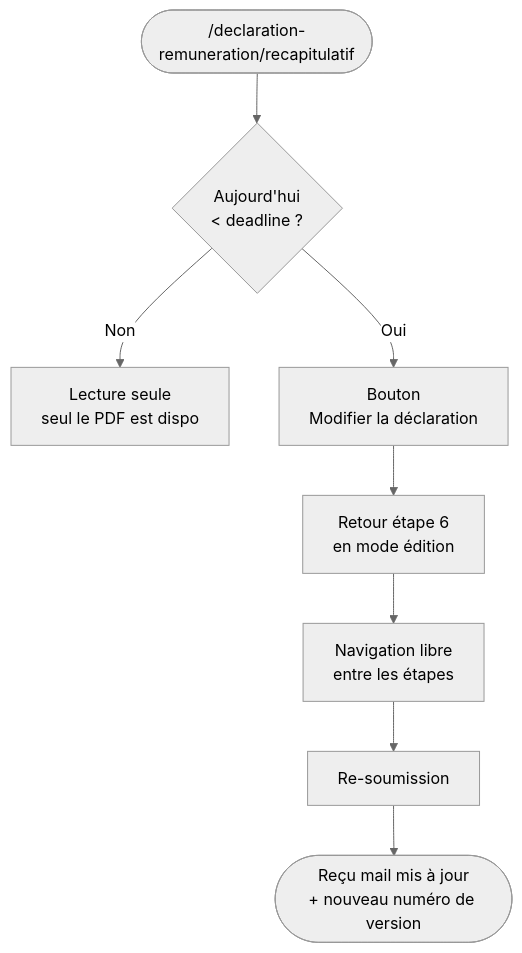
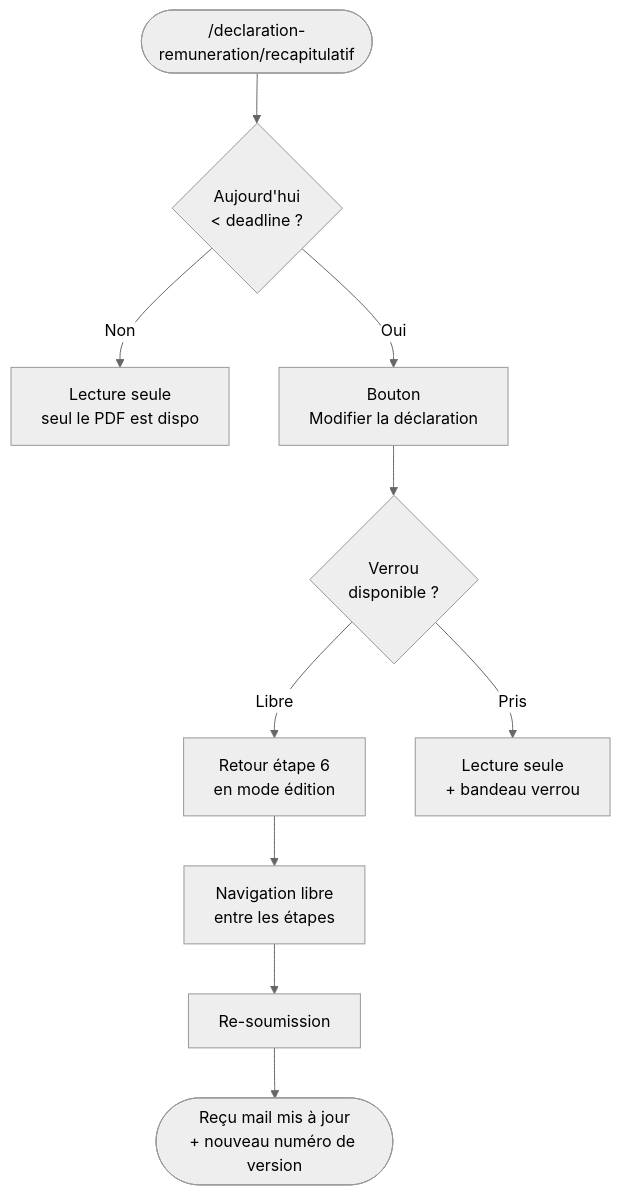
Before and after one commit to SocialGouv/egapro: the fifth of 11 diagrams in docs/parcours-utilisateurs.md, drawn with Mermaid (neutral theme). The commit also changed other lines of this file and 97 other files, not shown here.

````diff
--- a/docs/parcours-utilisateurs.md
+++ b/docs/parcours-utilisateurs.md
@@ -217,10 +254,12 @@
 ```mermaid
 flowchart TD
     A([/declaration-remuneration/recapitulatif]) --> B{Aujourd'hui<br/>< deadline ?}
     B -->|Non| C[Lecture seule<br/>seul le PDF est dispo]
     B -->|Oui| D[Bouton<br/>Modifier la déclaration]
-    D --> E[Retour étape 6<br/>en mode édition]
+    D --> LockCheck{Verrou<br/>disponible ?}
+    LockCheck -->|Libre| E[Retour étape 6<br/>en mode édition]
+    LockCheck -->|Pris| E2[Lecture seule<br/>+ bandeau verrou]
     E --> F[Navigation libre<br/>entre les étapes]
     F --> G[Re-soumission]
     G --> H([Reçu mail mis à jour<br/>+ nouveau numéro de version])
 ```
````
